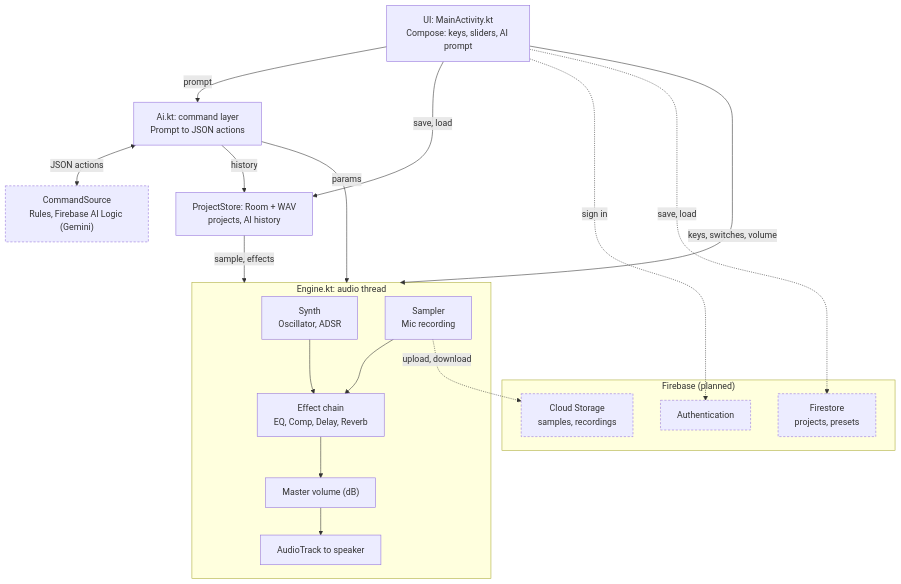
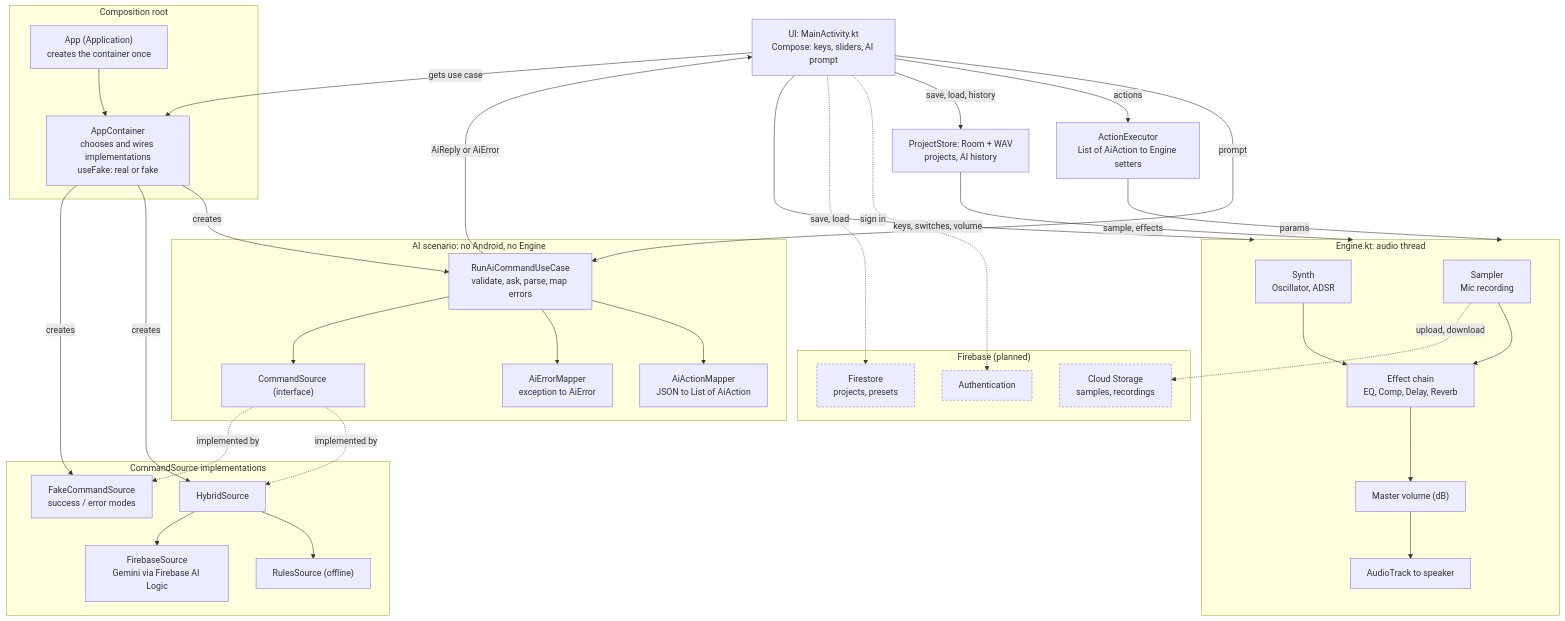
Before and after one commit to YaroslavMelnykAP23/SoundEngiToolkit: the diagram in docs/architecture.md, drawn with Mermaid. The commit also changed other lines of this file and 6 other files, not shown here.

Commit message:
ver 0.1.3 lab5 step 5: AppContainer composition root, FakeCommandSource.

````diff
--- a/docs/architecture.md
+++ b/docs/architecture.md
@@ -7,38 +7,69 @@
 ```mermaid
 flowchart TB
     UI["UI: MainActivity.kt<br/>Compose: keys, sliders, AI prompt"]
-    AI["Ai.kt: command layer<br/>Prompt to JSON actions"]
-    SRC["CommandSource<br/>Rules, Firebase AI Logic (Gemini)"]
+
+    subgraph ROOT["Composition root"]
+        APP["App (Application)<br/>creates the container once"]
+        CONT["AppContainer<br/>chooses and wires implementations<br/>useFake: real or fake"]
+        APP --> CONT
+    end
+
+    subgraph AIL["AI scenario: no Android, no Engine"]
+        UC["RunAiCommandUseCase<br/>validate, ask, parse, map errors"]
+        MAP["AiActionMapper<br/>JSON to List of AiAction"]
+        ERR["AiErrorMapper<br/>exception to AiError"]
+        IFACE["CommandSource (interface)"]
+        UC --> MAP
+        UC --> ERR
+        UC --> IFACE
+    end
+
+    subgraph IMPL["CommandSource implementations"]
+        HYB["HybridSource"]
+        RULES["RulesSource (offline)"]
+        FIREB["FirebaseSource<br/>Gemini via Firebase AI Logic"]
+        FAKE["FakeCommandSource<br/>success / error modes"]
+        HYB --> RULES
+        HYB --> FIREB
+    end
+
+    EXEC["ActionExecutor<br/>List of AiAction to Engine setters"]
     STORE["ProjectStore: Room + WAV<br/>projects, AI history"]
 
     subgraph FB["Firebase (planned)"]
         AUTH["Authentication"]
         FS["Firestore<br/>projects, presets"]
         ST["Cloud Storage<br/>samples, recordings"]
     end
 
     subgraph ENGINE["Engine.kt: audio thread"]
         SYNTH["Synth<br/>Oscillator, ADSR"]
         SAMPLER["Sampler<br/>Mic recording"]
         FX["Effect chain<br/>EQ, Comp, Delay, Reverb"]
         VOL["Master volume (dB)"]
         OUT["AudioTrack to speaker"]
         SYNTH --> FX
         SAMPLER --> FX
         FX --> VOL --> OUT
     end
 
-    UI -->|prompt| AI
+    CONT -->|creates| UC
+    CONT -->|creates| HYB
+    CONT -->|creates| FAKE
+    IFACE -.->|implemented by| HYB
+    IFACE -.->|implemented by| FAKE
+    UI -->|gets use case| CONT
+    UI -->|prompt| UC
+    UC -->|AiReply or AiError| UI
+    UI -->|actions| EXEC
+    EXEC -->|params| ENGINE
     UI -->|keys, switches, volume| ENGINE
-    AI -->|params| ENGINE
-    AI <-->|JSON actions| SRC
-    UI -->|save, load| STORE
-    AI -->|history| STORE
+    UI -->|save, load, history| STORE
     STORE -->|sample, effects| ENGINE
     UI -.->|sign in| AUTH
     UI -.->|save, load| FS
     SAMPLER -.->|upload, download| ST
 
     classDef planned stroke-dasharray: 4 3
-    class SRC,AUTH,FS,ST planned
+    class AUTH,FS,ST planned
 ```
````
